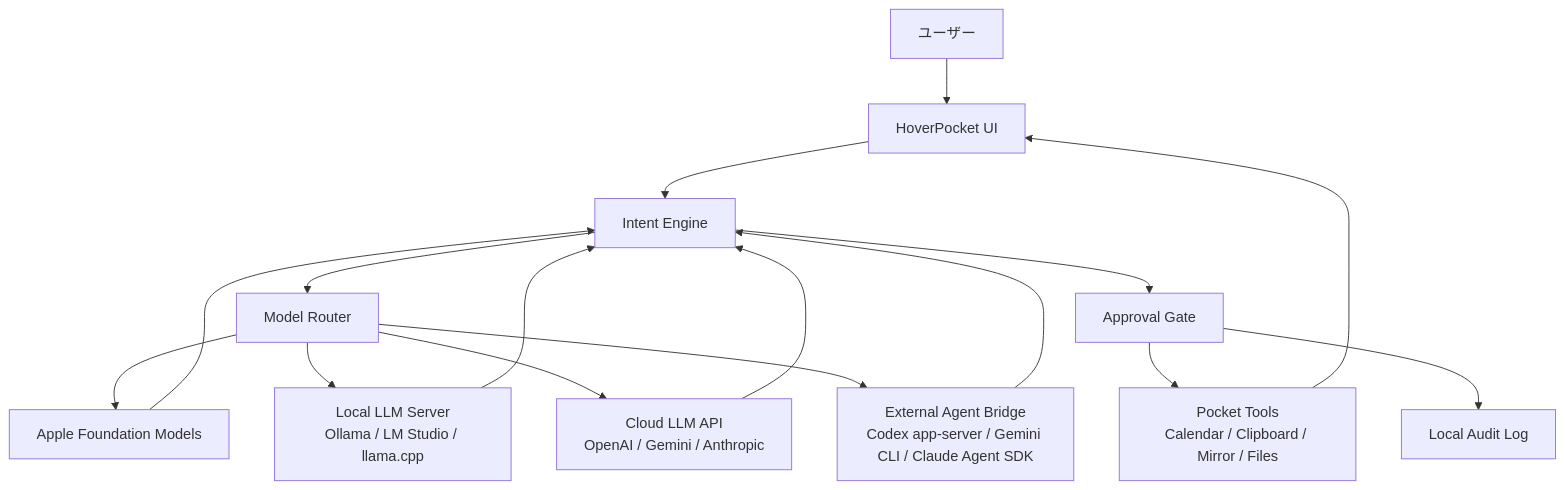
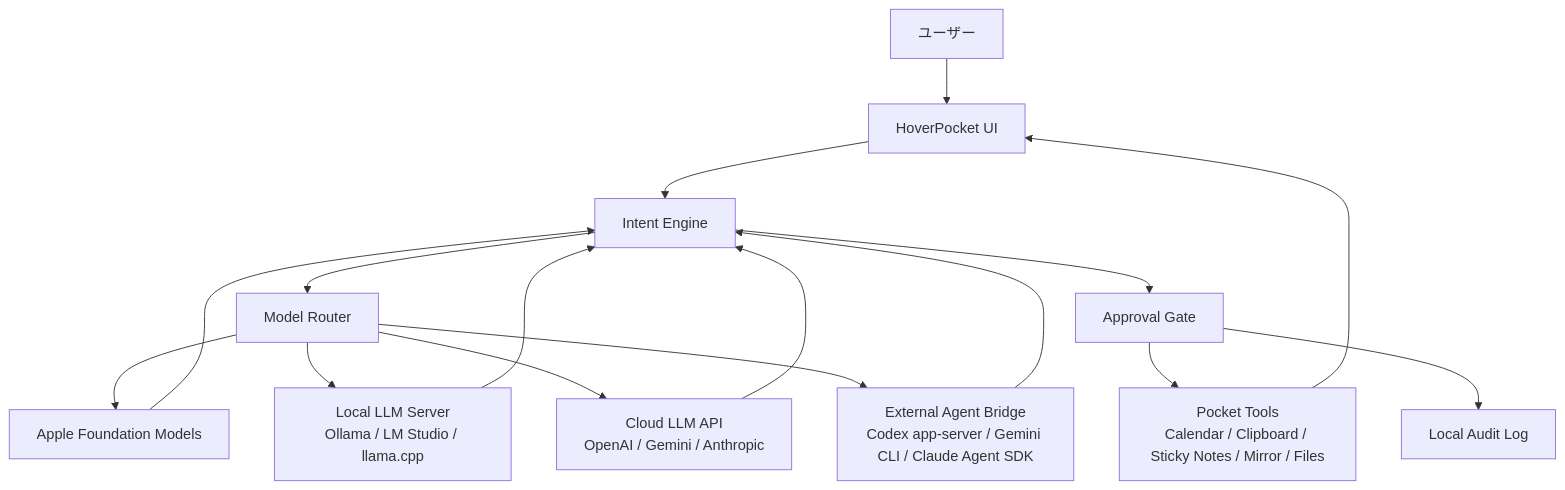
The diagram in docs/report/20260610-hoverpocket-local-cloud-llm-architecture.md (shotaro311/hover-pocket), drawn with Mermaid before and after one commit. The commit also changed other lines of this file and 4 other files, not shown here.

````diff
--- a/docs/report/20260610-hoverpocket-local-cloud-llm-architecture.md
+++ b/docs/report/20260610-hoverpocket-local-cloud-llm-architecture.md
@@ -35,30 +38,30 @@
 ```mermaid
 flowchart TD
     User["ユーザー"]
     UI["HoverPocket UI"]
     Intent["Intent Engine"]
     Router["Model Router"]
     LocalApple["Apple Foundation Models"]
     LocalServer["Local LLM Server\nOllama / LM Studio / llama.cpp"]
     Cloud["Cloud LLM API\nOpenAI / Gemini / Anthropic"]
     External["External Agent Bridge\nCodex app-server / Gemini CLI / Claude Agent SDK"]
-    Tools["Pocket Tools\nCalendar / Clipboard / Mirror / Files"]
+    Tools["Pocket Tools\nCalendar / Clipboard / Sticky Notes / Mirror / Files"]
     Approval["Approval Gate"]
     Audit["Local Audit Log"]
 
     User --> UI
     UI --> Intent
     Intent --> Router
     Router --> LocalApple
     Router --> LocalServer
     Router --> Cloud
     Router --> External
     LocalApple --> Intent
     LocalServer --> Intent
     Cloud --> Intent
     External --> Intent
     Intent --> Approval
     Approval --> Tools
     Tools --> UI
     Approval --> Audit
 ```
````
